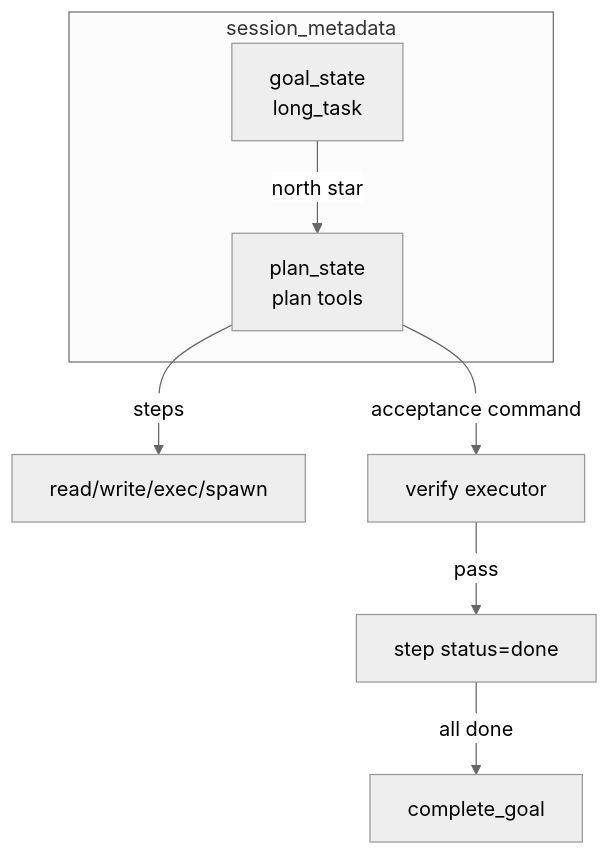
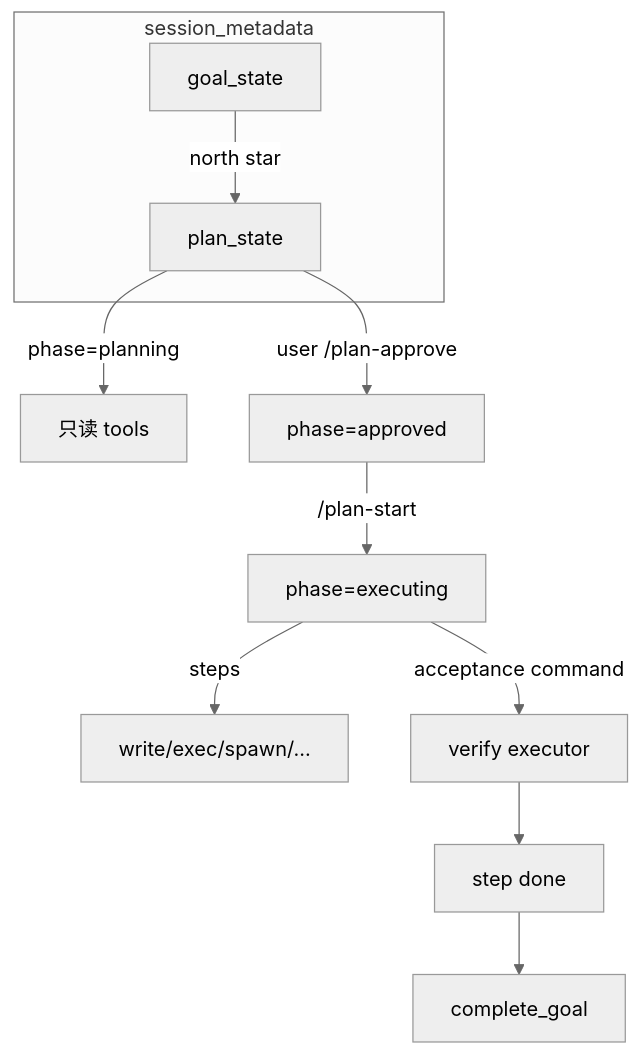
The diagram in .agent/plan-mode/design.md (HKUDS/nanobot), drawn with Mermaid (neutral theme) before and after one commit. The commit also changed other lines of this file and 3 other files, not shown here.

````diff
--- a/.agent/plan-mode/design.md
+++ b/.agent/plan-mode/design.md
@@ -58,13 +63,16 @@
 ```mermaid
 flowchart TB
     subgraph session_metadata
-        GS[goal_state<br/>long_task]
-        PS[plan_state<br/>plan tools]
+        GS[goal_state]
+        PS[plan_state]
     end
 
     GS -->|north star| PS
-    PS -->|steps| Tools[read/write/exec/spawn]
-    PS -->|acceptance command| V[verify executor]
-    V -->|pass| StepDone[step status=done]
-    StepDone -->|all done| CG[complete_goal]
+    PS -->|phase=planning| RO[只读 tools]
+    PS -->|user /plan-approve| AP[phase=approved]
+    AP -->|/plan-start| EX[phase=executing]
+    EX -->|steps| Tools[write/exec/spawn/...]
+    EX -->|acceptance command| V[verify executor]
+    V --> StepDone[step done]
+    StepDone --> CG[complete_goal]
 ```
````
